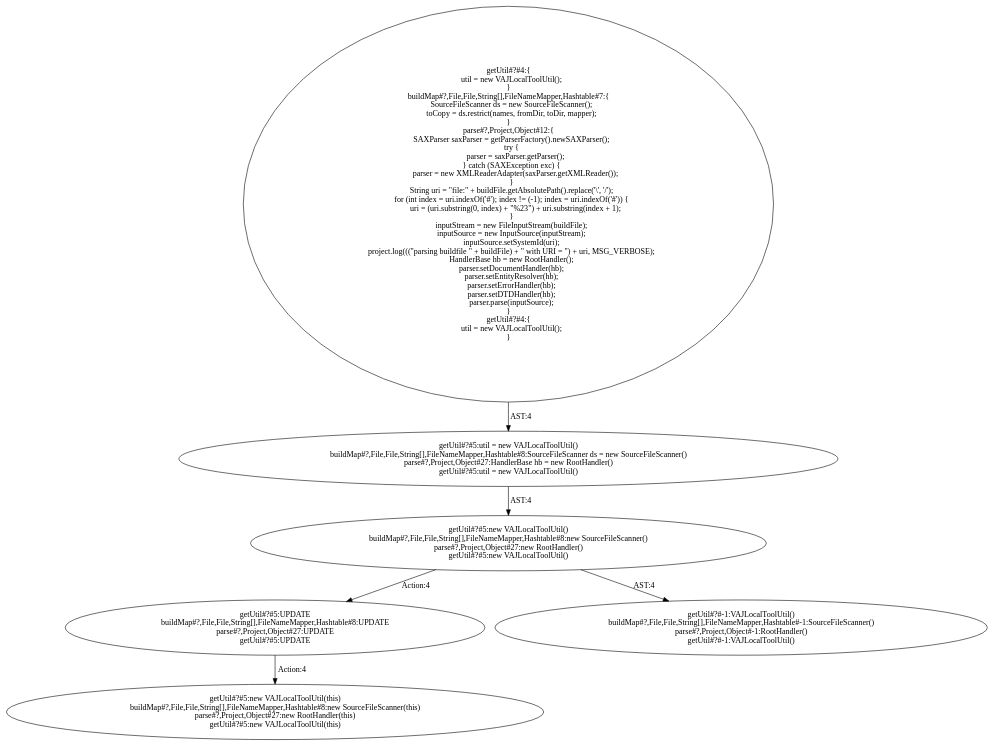
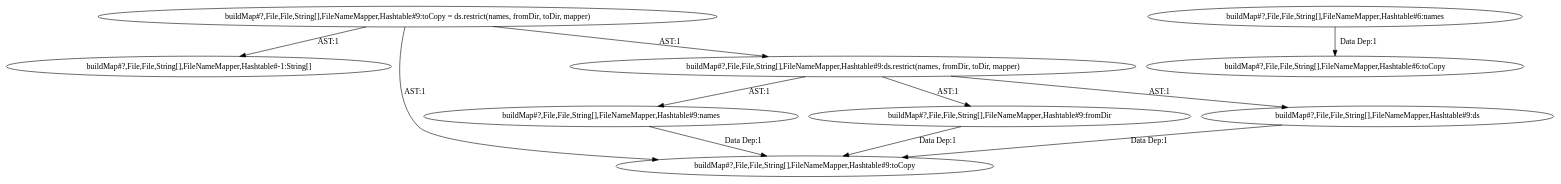
The diagram in codegraph4spoon/out/c3_ant_13_pattern_abstract.dot (ssmingz/FixGen), drawn with Graphviz before and after one commit. The commit also changed 21 other files, not shown here.

```diff
--- a/codegraph4spoon/out/c3_ant_13_pattern_abstract.dot
+++ b/codegraph4spoon/out/c3_ant_13_pattern_abstract.dot
@@ -1,59 +1,21 @@
 digraph "Pattern" {
-0 [label="getUtil#?#5:UPDATE
-buildMap#?,File,File,String[],FileNameMapper,Hashtable#8:UPDATE
-parse#?,Project,Object#27:UPDATE
-getUtil#?#5:UPDATE" shape=ellipse]
-1 [label="getUtil#?#5:new VAJLocalToolUtil()
-buildMap#?,File,File,String[],FileNameMapper,Hashtable#8:new SourceFileScanner()
-parse#?,Project,Object#27:new RootHandler()
-getUtil#?#5:new VAJLocalToolUtil()" shape=ellipse]
-2 [label="getUtil#?#5:util = new VAJLocalToolUtil()
-buildMap#?,File,File,String[],FileNameMapper,Hashtable#8:SourceFileScanner ds = new SourceFileScanner()
-parse#?,Project,Object#27:HandlerBase hb = new RootHandler()
-getUtil#?#5:util = new VAJLocalToolUtil()" shape=ellipse]
-3 [label="getUtil#?#4:\{
-    util = new VAJLocalToolUtil();
-\}
-buildMap#?,File,File,String[],FileNameMapper,Hashtable#7:\{
-    SourceFileScanner ds = new SourceFileScanner();
-    toCopy = ds.restrict(names, fromDir, toDir, mapper);
-\}
-parse#?,Project,Object#12:\{
-    SAXParser saxParser = getParserFactory().newSAXParser();
-    try \{
-        parser = saxParser.getParser();
-    \} catch (SAXException exc) \{
-        parser = new XMLReaderAdapter(saxParser.getXMLReader());
-    \}
-    String uri = \"file:\" + buildFile.getAbsolutePath().replace('\\', '/');
-    for (int index = uri.indexOf('#'); index != (-1); index = uri.indexOf('#')) \{
-        uri = (uri.substring(0, index) + \"%23\") + uri.substring(index + 1);
-    \}
-    inputStream = new FileInputStream(buildFile);
-    inputSource = new InputSource(inputStream);
-    inputSource.setSystemId(uri);
-    project.log(((\"parsing buildfile \" + buildFile) + \" with URI = \") + uri, MSG_VERBOSE);
-    HandlerBase hb = new RootHandler();
-    parser.setDocumentHandler(hb);
-    parser.setEntityResolver(hb);
-    parser.setErrorHandler(hb);
-    parser.setDTDHandler(hb);
-    parser.parse(inputSource);
-\}
-getUtil#?#4:\{
-    util = new VAJLocalToolUtil();
-\}" shape=ellipse]
-4 [label="getUtil#?#-1:VAJLocalToolUtil()
-buildMap#?,File,File,String[],FileNameMapper,Hashtable#-1:SourceFileScanner()
-parse#?,Project,Object#-1:RootHandler()
-getUtil#?#-1:VAJLocalToolUtil()" shape=ellipse]
-5 [label="getUtil#?#5:new VAJLocalToolUtil(this)
-buildMap#?,File,File,String[],FileNameMapper,Hashtable#8:new SourceFileScanner(this)
-parse#?,Project,Object#27:new RootHandler(this)
-getUtil#?#5:new VAJLocalToolUtil(this)" shape=ellipse]
-0 -> 5 [label="Action:4"];
-1 -> 0 [label="Action:4"];
-1 -> 4 [label="AST:4"];
-2 -> 1 [label="AST:4"];
-3 -> 2 [label="AST:4"];
+0 [label="buildMap#?,File,File,String[],FileNameMapper,Hashtable#9:names" shape=ellipse]
+1 [label="buildMap#?,File,File,String[],FileNameMapper,Hashtable#9:fromDir" shape=ellipse]
+2 [label="buildMap#?,File,File,String[],FileNameMapper,Hashtable#6:names" shape=ellipse]
+3 [label="buildMap#?,File,File,String[],FileNameMapper,Hashtable#9:toCopy = ds.restrict(names, fromDir, toDir, mapper)" shape=ellipse]
+4 [label="buildMap#?,File,File,String[],FileNameMapper,Hashtable#6:toCopy" shape=ellipse]
+5 [label="buildMap#?,File,File,String[],FileNameMapper,Hashtable#-1:String[]" shape=ellipse]
+6 [label="buildMap#?,File,File,String[],FileNameMapper,Hashtable#9:toCopy" shape=ellipse]
+7 [label="buildMap#?,File,File,String[],FileNameMapper,Hashtable#9:ds" shape=ellipse]
+8 [label="buildMap#?,File,File,String[],FileNameMapper,Hashtable#9:ds.restrict(names, fromDir, toDir, mapper)" shape=ellipse]
+0 -> 6 [label="Data Dep:1"];
+1 -> 6 [label="Data Dep:1"];
+2 -> 4 [label="Data Dep:1"];
+3 -> 5 [label="AST:1"];
+3 -> 6 [label="AST:1"];
+3 -> 8 [label="AST:1"];
+7 -> 6 [label="Data Dep:1"];
+8 -> 0 [label="AST:1"];
+8 -> 1 [label="AST:1"];
+8 -> 7 [label="AST:1"];
 }
```
